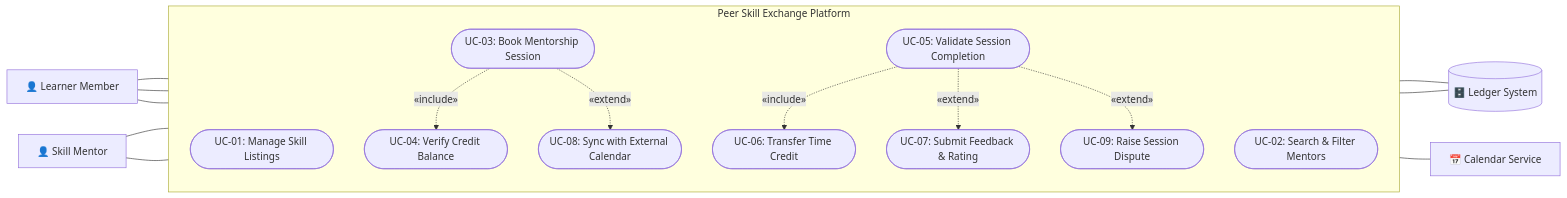
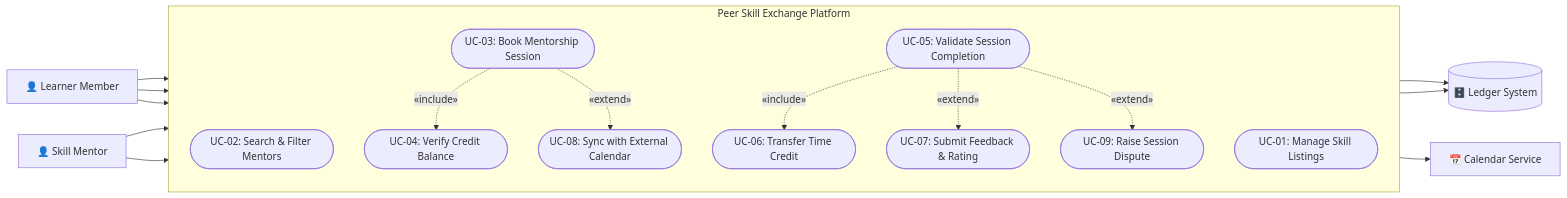
The diagram in README.md (ChigilarNishanth/SE-Lab-1_Activity), drawn with Mermaid before and after one commit.

Commit message:
fix: eliminate line crossovers and restore all arrowheads

````diff
--- a/README.md
+++ b/README.md
@@ -20,49 +20,53 @@
 ```mermaid
 flowchart LR
-    %% Primary Human Actors (Left)
+    %% Primary Actors
     Learner["👤 Learner Member"]
     Mentor["👤 Skill Mentor"]
 
-    %% Platform Boundary
-    subgraph Platform ["Peer Skill Exchange Platform"]
-        direction TB
-        
-        %% Core Use Cases
-        UC1(["UC-01: Manage Skill Listings"])
-        UC2(["UC-02: Search & Filter Mentors"])
-        UC3(["UC-03: Book Mentorship Session"])
-        UC5(["UC-05: Validate Session Completion"])
-        
-        %% Supporting / Included / Extended Use Cases
-        UC4(["UC-04: Verify Credit Balance"])
-        UC6(["UC-06: Transfer Time Credit"])
-        UC7(["UC-07: Submit Feedback & Rating"])
-        UC8(["UC-08: Sync with External Calendar"])
-        UC9(["UC-09: Raise Session Dispute"])
-    end
-
-    %% External Systems (Right)
+    %% External Systems
     Ledger[("🗄️ Ledger System")]
     Calendar["📅 Calendar Service"]
 
-    %% Actor Connections (Straight into Core Use Cases)
-    Mentor --- UC1
-    Learner --- UC2
-    Learner --- UC3
-    Learner --- UC5
-    Mentor --- UC5
+    %% System Boundary
+    subgraph Platform ["Peer Skill Exchange Platform"]
+        direction TB
 
-    %% Include Relationships
-    UC3 -. "&laquo;include&raquo;" .-> UC4
-    UC5 -. "&laquo;include&raquo;" .-> UC6
+        %% 1. Learner Direct Actions (Top)
+        UC2(["UC-02: Search & Filter Mentors"])
+        UC3(["UC-03: Book Mentorship Session"])
+        UC4(["UC-04: Verify Credit Balance"])
+        UC8(["UC-08: Sync with External Calendar"])
 
-    %% Extend Relationships
-    UC3 -. "&laquo;extend&raquo;" .-> UC8
-    UC5 -. "&laquo;extend&raquo;" .-> UC7
-    UC5 -. "&laquo;extend&raquo;" .-> UC9
+        %% 2. Shared Completion Actions (Middle)
+        UC5(["UC-05: Validate Session Completion"])
+        UC6(["UC-06: Transfer Time Credit"])
+        UC7(["UC-07: Submit Feedback & Rating"])
+        UC9(["UC-09: Raise Session Dispute"])
+
+        %% 3. Mentor Direct Actions (Bottom)
+        UC1(["UC-01: Manage Skill Listings"])
+    end
+
+    %% Learner Connections (Top-to-Middle, No Crossing)
+    Learner --> UC2
+    Learner --> UC3
+    Learner --> UC5
+
+    %% Mentor Connections (Bottom-to-Middle, No Crossing)
+    Mentor --> UC5
+    Mentor --> UC1
+
+    %% <<include>> Relationships (Dashed with Arrowheads)
+    UC3 -.->|«include»| UC4
+    UC5 -.->|«include»| UC6
+
+    %% <<extend>> Relationships (Dashed with Arrowheads)
+    UC3 -.->|«extend»| UC8
+    UC5 -.->|«extend»| UC7
+    UC5 -.->|«extend»| UC9
 
     %% External System Connections
-    UC4 --- Ledger
-    UC6 --- Ledger
-    UC8 --- Calendar
+    UC4 --> Ledger
+    UC6 --> Ledger
+    UC8 --> Calendar
 ```
````
